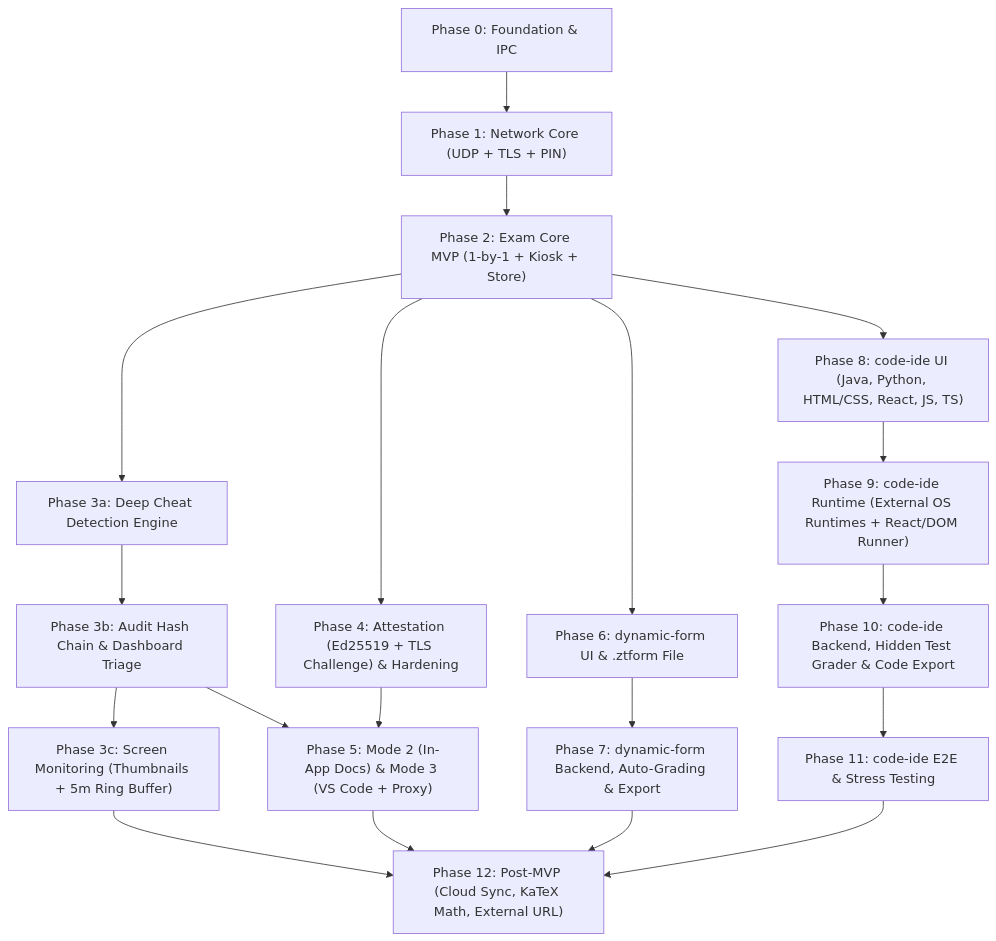
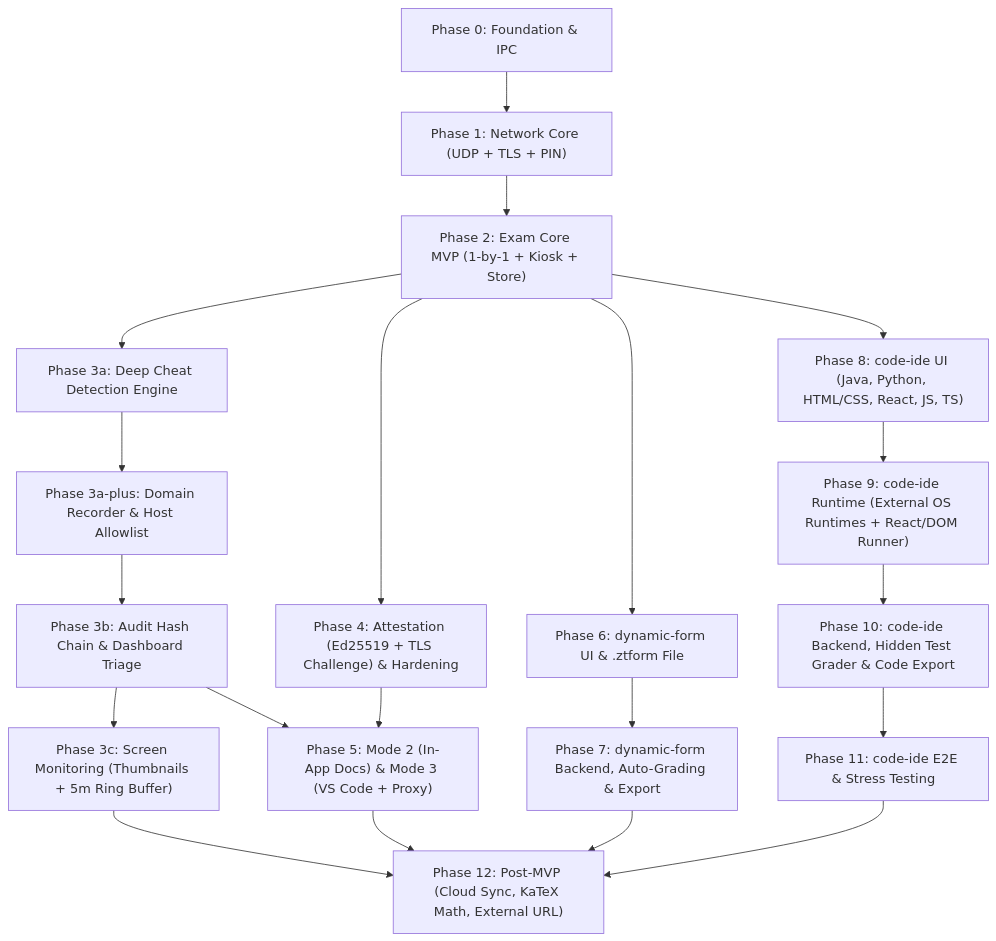
Before and after one commit to korarit/lan-exam-system: the diagram in ai-docs-dev/plan/00-overview.md, drawn with Mermaid. The commit also changed other lines of this file and 2 other files, not shown here.

Commit message:
docs(phase-3a-plus): plan for Domain Recorder & Host-Authoritative Allowlist
- ครูเปิดเว็บเองที่เครื่องแม่ตอน Lobby (Doc Preview ผ่าน WebContentsView) ระบบ record โดเมนทั้งหมดที่หน้าเว็บเรียกใช้จริง (CDN/fonts/API) เก็บลง SQLite ต่อ session
- allowlist คือกำแพง (default-deny): นักเรียนเข้าได้เฉพาะโดเมนที่ record + อนุมัติแล้ว ไม่มี blacklist ฝั่งเด็ก
- ครูตรวจเอง ระบบไม่ตัดสินแทน (ไม่มีตัวขวางการอนุญาต, กดอนุญาตทั้งหมดได้)
- setting เลือกได้ domainEnforcement: warn (ฟ้องแต่ปล่อยผ่าน) / block (cancel request + ฟ้อง) — เพิ่ม event UNAUTHORIZED_DOMAIN_DETECTED
- ไม่ต้องเพิ่ม network message — ใช้ POLICY_UPDATE + allowedDomains เดิมของ phase 3a
- checklist 6 งานย่อย + tests 7 กรณี; อัปเดด phase index + dependency graph ใน overview และ roadmap ใน project-arc

````diff
--- a/ai-docs-dev/plan/00-overview.md
+++ b/ai-docs-dev/plan/00-overview.md
@@ -31,21 +32,22 @@
 ```mermaid
 flowchart TD
     P0["Phase 0: Foundation & IPC"] --> P1["Phase 1: Network Core (UDP + TLS + PIN)"]
     P1 --> P2["Phase 2: Exam Core MVP (1-by-1 + Kiosk + Store)"]
     P2 --> P3A["Phase 3a: Deep Cheat Detection Engine"]
-    P3A --> P3B["Phase 3b: Audit Hash Chain & Dashboard Triage"]
+    P3A --> P3AP["Phase 3a-plus: Domain Recorder & Host Allowlist"]
+    P3AP --> P3B["Phase 3b: Audit Hash Chain & Dashboard Triage"]
     P3B --> P3C["Phase 3c: Screen Monitoring (Thumbnails + 5m Ring Buffer)"]
     P2 --> P4["Phase 4: Attestation (Ed25519 + TLS Challenge) & Hardening"]
     P3B --> P5["Phase 5: Mode 2 (In-App Docs) & Mode 3 (VS Code + Proxy)"]
     P4 --> P5
     P2 --> P6["Phase 6: dynamic-form UI & .ztform File"]
     P6 --> P7["Phase 7: dynamic-form Backend, Auto-Grading & Export"]
     P2 --> P8["Phase 8: code-ide UI (Java, Python, HTML/CSS, React, JS, TS)"]
     P8 --> P9["Phase 9: code-ide Runtime (External OS Runtimes + React/DOM Runner)"]
     P9 --> P10["Phase 10: code-ide Backend, Hidden Test Grader & Code Export"]
     P10 --> P11["Phase 11: code-ide E2E & Stress Testing"]
     P3C --> P12["Phase 12: Post-MVP (Cloud Sync, KaTeX Math, External URL)"]
     P5 --> P12
     P7 --> P12
     P11 --> P12
 ```
````
